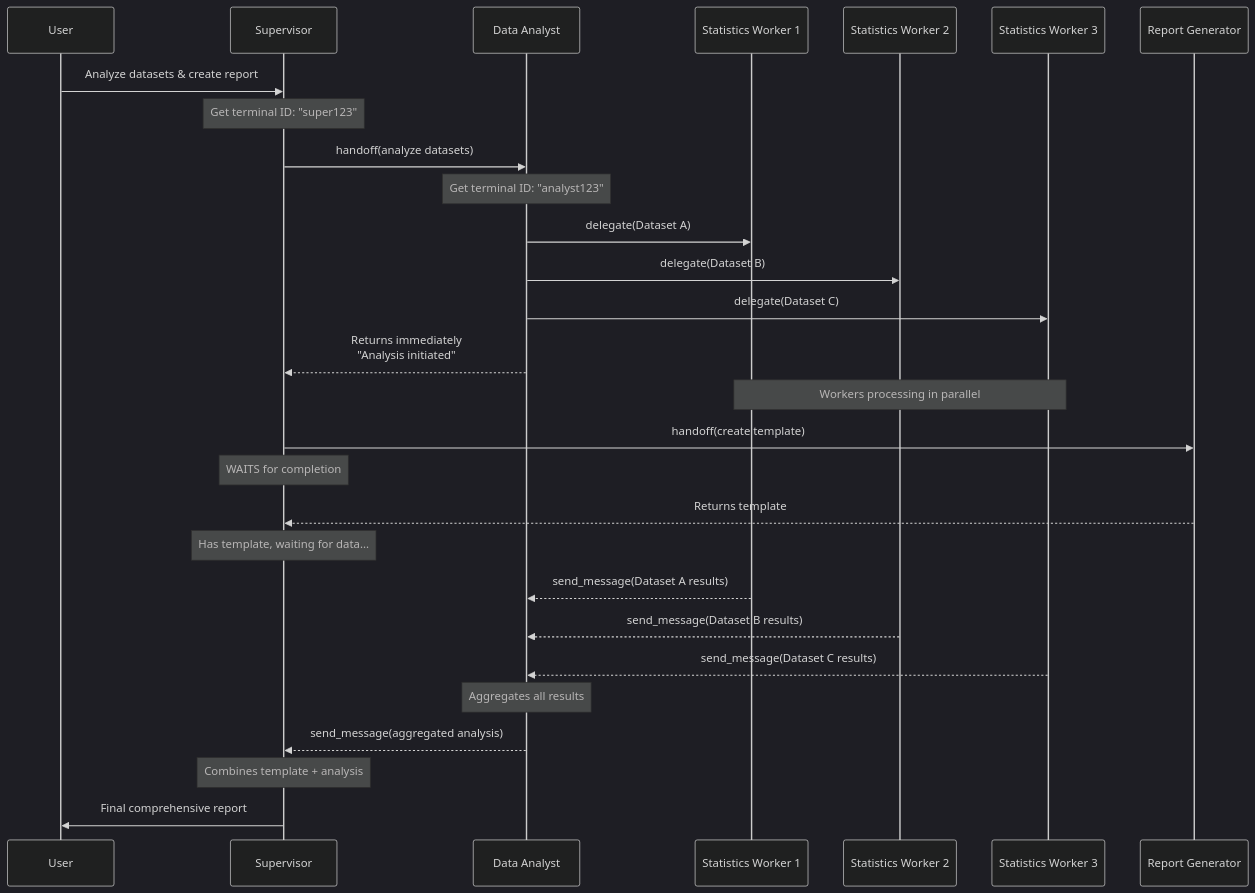
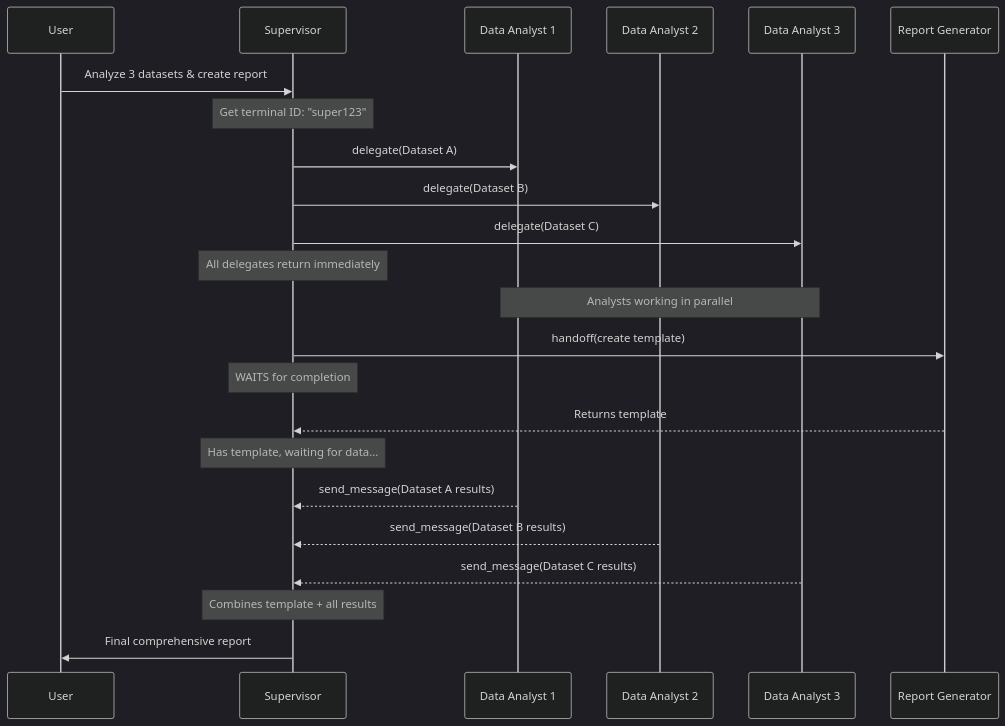
One commit to awslabs/cli-agent-orchestrator changed the second of 2 diagrams in examples/delegate-async/README.md. Above: the diagram before and after it, drawn with Mermaid (dark theme). The commit also changed other lines of this file and 3 other files, not shown here.

Commit message:
update the messages and diagram for delegate_analyst

````diff
--- a/examples/delegate-async/README.md
+++ b/examples/delegate-async/README.md
@@ -166,43 +245,34 @@
 ```mermaid
 sequenceDiagram
     participant User
     participant Supervisor
-    participant DataAnalyst as Data Analyst
-    participant Worker1 as Statistics Worker 1
-    participant Worker2 as Statistics Worker 2
-    participant Worker3 as Statistics Worker 3
+    participant DA1 as Data Analyst 1
+    participant DA2 as Data Analyst 2
+    participant DA3 as Data Analyst 3
     participant ReportGen as Report Generator
 
-    User->>Supervisor: Analyze datasets & create report
+    User->>Supervisor: Analyze 3 datasets & create report
     
     Note over Supervisor: Get terminal ID: "super123"
     
-    Supervisor->>DataAnalyst: handoff(analyze datasets)
-    Note over DataAnalyst: Get terminal ID: "analyst123"
+    Supervisor->>DA1: delegate(Dataset A)
+    Supervisor->>DA2: delegate(Dataset B)
+    Supervisor->>DA3: delegate(Dataset C)
     
-    DataAnalyst->>Worker1: delegate(Dataset A)
-    DataAnalyst->>Worker2: delegate(Dataset B)
-    DataAnalyst->>Worker3: delegate(Dataset C)
-    
-    DataAnalyst-->>Supervisor: Returns immediately<br/>"Analysis initiated"
-    
-    Note over Worker1,Worker3: Workers processing in parallel
+    Note over Supervisor: All delegates return immediately
+    Note over DA1,DA3: Analysts working in parallel
     
     Supervisor->>ReportGen: handoff(create template)
     Note over Supervisor: WAITS for completion
     ReportGen-->>Supervisor: Returns template
     
     Note over Supervisor: Has template, waiting for data...
     
-    Worker1-->>DataAnalyst: send_message(Dataset A results)
-    Worker2-->>DataAnalyst: send_message(Dataset B results)
-    Worker3-->>DataAnalyst: send_message(Dataset C results)
+    DA1-->>Supervisor: send_message(Dataset A results)
+    DA2-->>Supervisor: send_message(Dataset B results)
+    DA3-->>Supervisor: send_message(Dataset C results)
     
-    Note over DataAnalyst: Aggregates all results
-    
-    DataAnalyst-->>Supervisor: send_message(aggregated analysis)
-    
-    Note over Supervisor: Combines template + analysis
+    Note over Supervisor: Combines template + all results
     
     Supervisor->>User: Final comprehensive report
 ```
````
